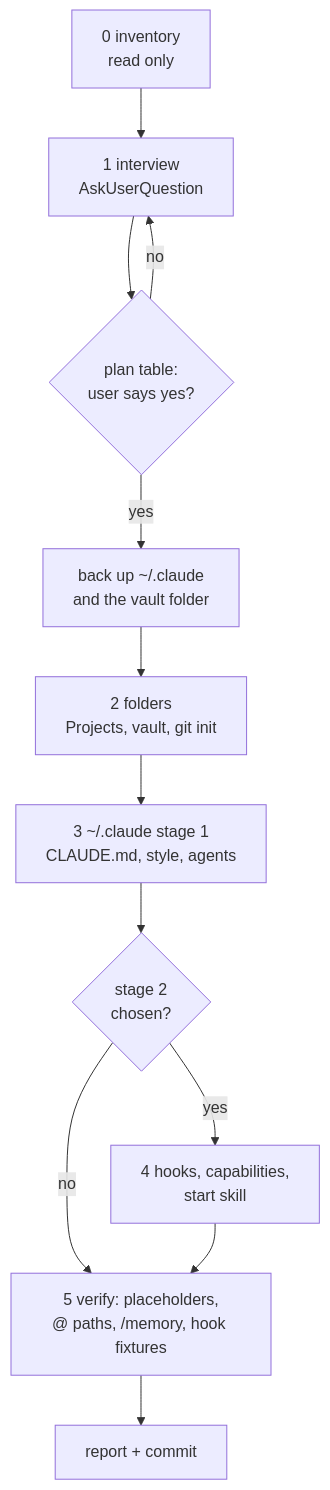
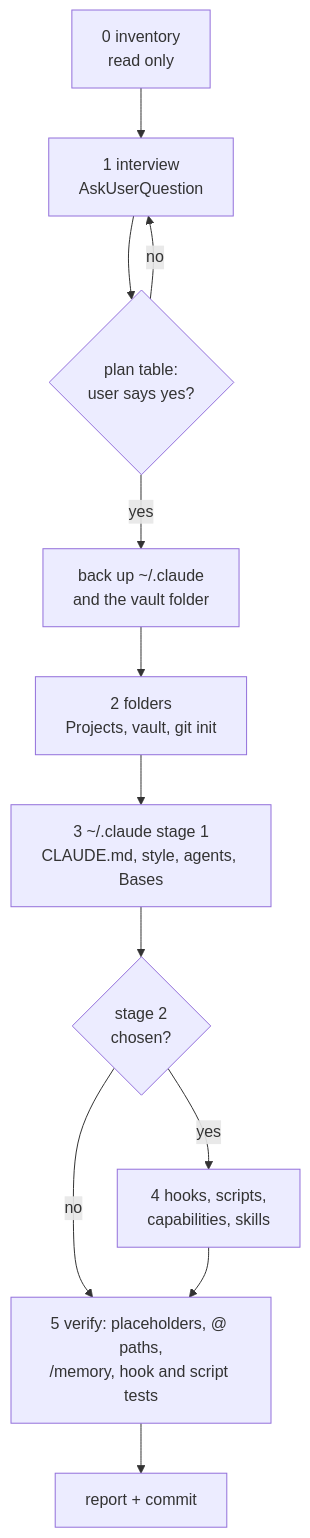
One commit to j-shelfwood/jig changed the diagram in BOOTSTRAP.md. Above: the diagram before and after it, drawn with Mermaid. The commit also changed other lines of this file and 11 other files, not shown here.

Commit message:
README, LICENSE, CI, repo self-check, Bases views; BOOTSTRAP and docs wired to scripts, hooks and skills

````diff
--- a/BOOTSTRAP.md
+++ b/BOOTSTRAP.md
@@ -5,14 +5,14 @@
 ```mermaid
 flowchart TD
     P0["0 inventory<br/>read only"] --> P1["1 interview<br/>AskUserQuestion"]
     P1 --> PL{"plan table:<br/>user says yes?"}
     PL -- "no" --> P1
     PL -- "yes" --> BK["back up ~/.claude<br/>and the vault folder"]
     BK --> P2["2 folders<br/>Projects, vault, git init"]
-    P2 --> P3["3 ~/.claude stage 1<br/>CLAUDE.md, style, agents"]
+    P2 --> P3["3 ~/.claude stage 1<br/>CLAUDE.md, style, agents, Bases"]
     P3 --> S2{"stage 2<br/>chosen?"}
-    S2 -- "yes" --> P4["4 hooks, capabilities,<br/>start skill"]
+    S2 -- "yes" --> P4["4 hooks, scripts,<br/>capabilities, skills"]
     S2 -- "no" --> P5
-    P4 --> P5["5 verify: placeholders,<br/>@ paths, /memory, hook fixtures"]
+    P4 --> P5["5 verify: placeholders, @ paths,<br/>/memory, hook and script tests"]
     P5 --> RP["report + commit"]
 ```
````
